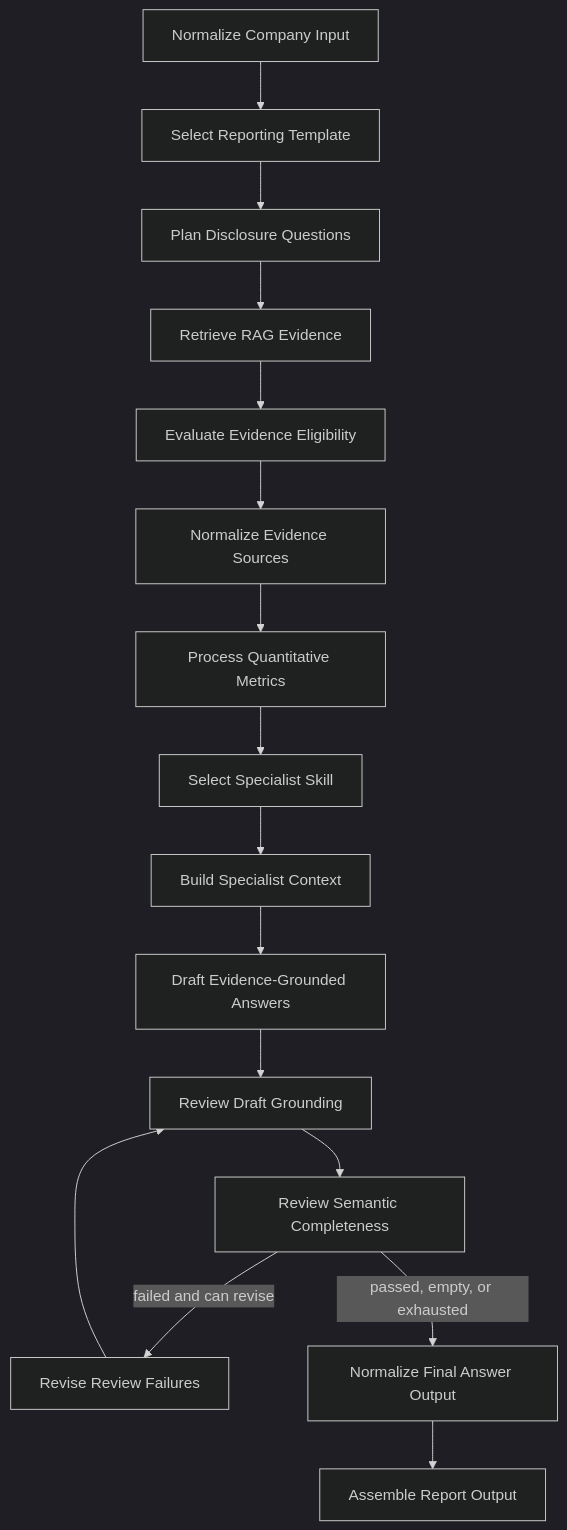
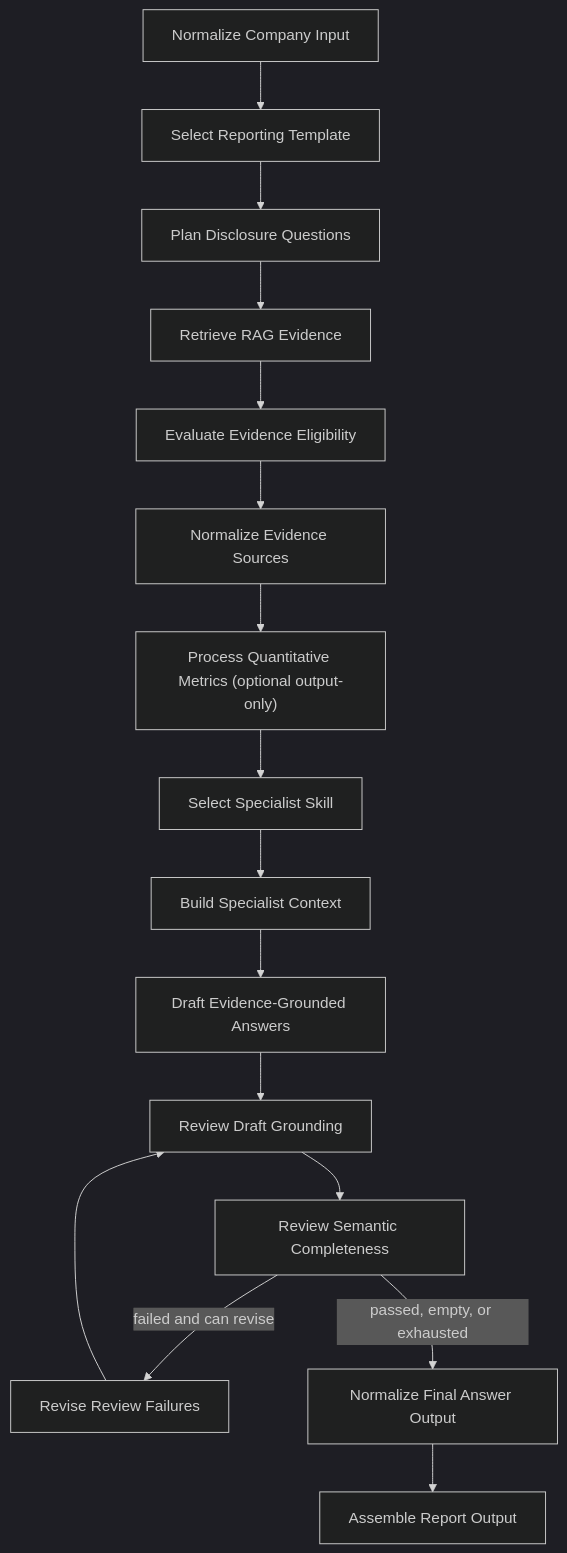
One commit to oahnart/esg-report-langgraph-v3 changed the diagram in README.md. Above: the diagram before and after it, drawn with Mermaid (dark theme). The commit also changed other lines of this file and 17 other files, not shown here.

````diff
--- a/README.md
+++ b/README.md
@@ -481,18 +484,18 @@
 ```mermaid
 flowchart TD
   A["Normalize Company Input"] --> B["Select Reporting Template"]
   B --> C["Plan Disclosure Questions"]
   C --> D["Retrieve RAG Evidence"]
   D --> E["Evaluate Evidence Eligibility"]
   E --> F["Normalize Evidence Sources"]
-  F --> Q["Process Quantitative Metrics"]
+  F --> Q["Process Quantitative Metrics (optional output-only)"]
   Q --> G["Select Specialist Skill"]
   G --> H["Build Specialist Context"]
   H --> I["Draft Evidence-Grounded Answers"]
   I --> J["Review Draft Grounding"]
   J --> S["Review Semantic Completeness"]
   S -->|failed and can revise| K["Revise Review Failures"]
   K --> J
   S -->|passed, empty, or exhausted| N["Normalize Final Answer Output"]
   N --> L["Assemble Report Output"]
 ```
````
